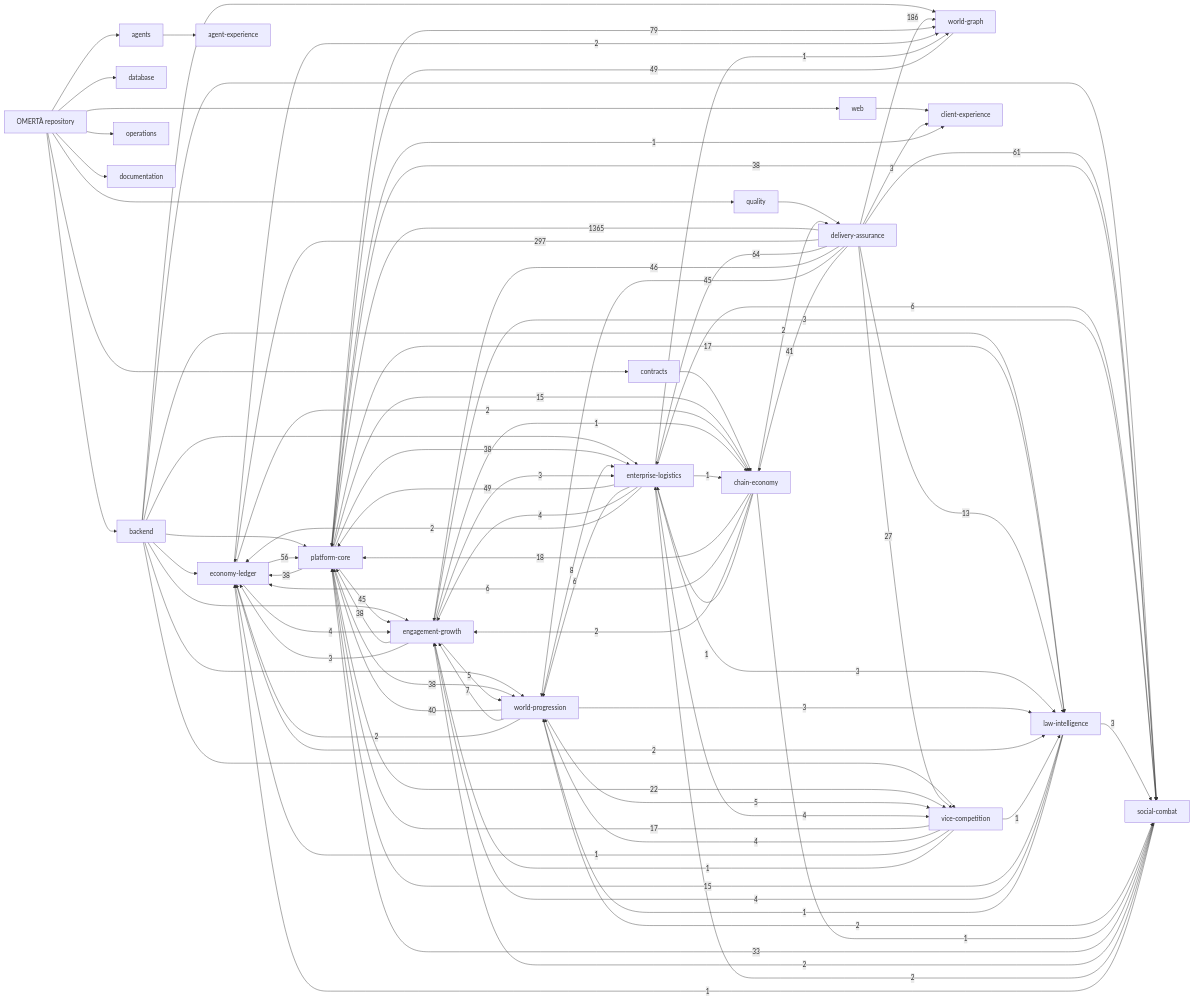
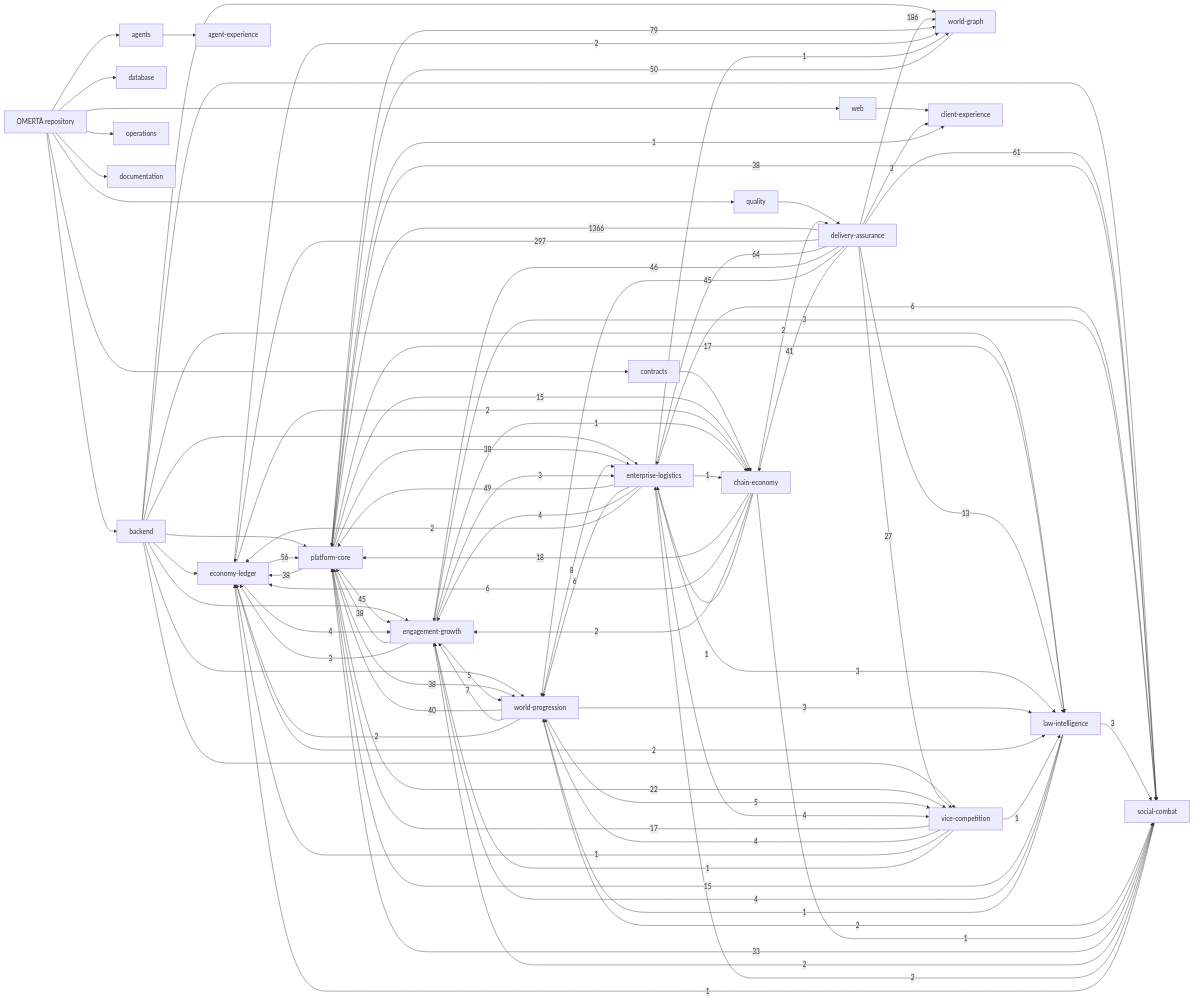
Before and after one commit to OmertaDev/Omerta: the diagram in knowledge/generated/graph.mmd, drawn with Mermaid. The commit also changed 7 other files, not shown here.

```diff
--- a/knowledge/generated/graph.mmd
+++ b/knowledge/generated/graph.mmd
@@ -1,112 +1,112 @@
 flowchart LR
   repo["OMERTÀ repository"]
   sub_backend["backend"]
   repo --> sub_backend
   sub_database["database"]
   repo --> sub_database
   sub_web["web"]
   repo --> sub_web
   sub_contracts["contracts"]
   repo --> sub_contracts
   sub_agents["agents"]
   repo --> sub_agents
   sub_quality["quality"]
   repo --> sub_quality
   sub_operations["operations"]
   repo --> sub_operations
   sub_documentation["documentation"]
   repo --> sub_documentation
   dom_platform-core["platform-core"]
   dom_economy-ledger["economy-ledger"]
   dom_social-combat["social-combat"]
   dom_world-progression["world-progression"]
   dom_world-graph["world-graph"]
   dom_enterprise-logistics["enterprise-logistics"]
   dom_vice-competition["vice-competition"]
   dom_law-intelligence["law-intelligence"]
   dom_chain-economy["chain-economy"]
   dom_engagement-growth["engagement-growth"]
   dom_client-experience["client-experience"]
   dom_agent-experience["agent-experience"]
   dom_delivery-assurance["delivery-assurance"]
   sub_agents --> dom_agent-experience
   sub_backend --> dom_economy-ledger
   sub_backend --> dom_engagement-growth
   sub_backend --> dom_enterprise-logistics
   sub_backend --> dom_law-intelligence
   sub_backend --> dom_platform-core
   sub_backend --> dom_social-combat
   sub_backend --> dom_vice-competition
   sub_backend --> dom_world-graph
   sub_backend --> dom_world-progression
   sub_contracts --> dom_chain-economy
   sub_quality --> dom_delivery-assurance
   sub_web --> dom_client-experience
-  dom_delivery-assurance -->|1365| dom_platform-core
+  dom_delivery-assurance -->|1366| dom_platform-core
   dom_delivery-assurance -->|297| dom_economy-ledger
   dom_delivery-assurance -->|186| dom_world-graph
   dom_platform-core -->|79| dom_world-graph
   dom_delivery-assurance -->|64| dom_enterprise-logistics
   dom_delivery-assurance -->|61| dom_social-combat
   dom_economy-ledger -->|56| dom_platform-core
+  dom_world-graph -->|50| dom_platform-core
   dom_enterprise-logistics -->|49| dom_platform-core
-  dom_world-graph -->|49| dom_platform-core
   dom_delivery-assurance -->|46| dom_engagement-growth
   dom_delivery-assurance -->|45| dom_world-progression
   dom_platform-core -->|45| dom_engagement-growth
   dom_delivery-assurance -->|41| dom_chain-economy
   dom_world-progression -->|40| dom_platform-core
   dom_engagement-growth -->|38| dom_platform-core
   dom_platform-core -->|38| dom_economy-ledger
   dom_platform-core -->|38| dom_enterprise-logistics
   dom_platform-core -->|38| dom_social-combat
   dom_platform-core -->|38| dom_world-progression
   dom_social-combat -->|33| dom_platform-core
   dom_delivery-assurance -->|27| dom_vice-competition
   dom_platform-core -->|22| dom_vice-competition
   dom_chain-economy -->|18| dom_platform-core
   dom_platform-core -->|17| dom_law-intelligence
   dom_vice-competition -->|17| dom_platform-core
   dom_law-intelligence -->|15| dom_platform-core
   dom_platform-core -->|15| dom_chain-economy
   dom_delivery-assurance -->|13| dom_law-intelligence
   dom_world-progression -->|8| dom_enterprise-logistics
   dom_world-progression -->|7| dom_engagement-growth
   dom_chain-economy -->|6| dom_economy-ledger
   dom_enterprise-logistics -->|6| dom_social-combat
   dom_enterprise-logistics -->|6| dom_world-progression
   dom_engagement-growth -->|5| dom_world-progression
   dom_world-progression -->|5| dom_vice-competition
   dom_economy-ledger -->|4| dom_engagement-growth
   dom_enterprise-logistics -->|4| dom_engagement-growth
   dom_enterprise-logistics -->|4| dom_vice-competition
   dom_law-intelligence -->|4| dom_engagement-growth
   dom_vice-competition -->|4| dom_world-progression
   dom_delivery-assurance -->|3| dom_client-experience
   dom_engagement-growth -->|3| dom_economy-ledger
   dom_engagement-growth -->|3| dom_enterprise-logistics
   dom_engagement-growth -->|3| dom_social-combat
   dom_enterprise-logistics -->|3| dom_law-intelligence
   dom_law-intelligence -->|3| dom_social-combat
   dom_world-progression -->|3| dom_law-intelligence
   dom_chain-economy -->|2| dom_delivery-assurance
   dom_chain-economy -->|2| dom_engagement-growth
   dom_economy-ledger -->|2| dom_chain-economy
   dom_economy-ledger -->|2| dom_law-intelligence
   dom_economy-ledger -->|2| dom_world-graph
   dom_enterprise-logistics -->|2| dom_economy-ledger
   dom_social-combat -->|2| dom_engagement-growth
   dom_social-combat -->|2| dom_enterprise-logistics
   dom_world-progression -->|2| dom_economy-ledger
   dom_world-progression -->|2| dom_social-combat
   dom_chain-economy -->|1| dom_enterprise-logistics
   dom_chain-economy -->|1| dom_social-combat
   dom_engagement-growth -->|1| dom_chain-economy
   dom_enterprise-logistics -->|1| dom_chain-economy
   dom_enterprise-logistics -->|1| dom_world-graph
   dom_law-intelligence -->|1| dom_world-progression
   dom_platform-core -->|1| dom_client-experience
   dom_social-combat -->|1| dom_economy-ledger
   dom_vice-competition -->|1| dom_economy-ledger
   dom_vice-competition -->|1| dom_engagement-growth
   dom_vice-competition -->|1| dom_law-intelligence
```
